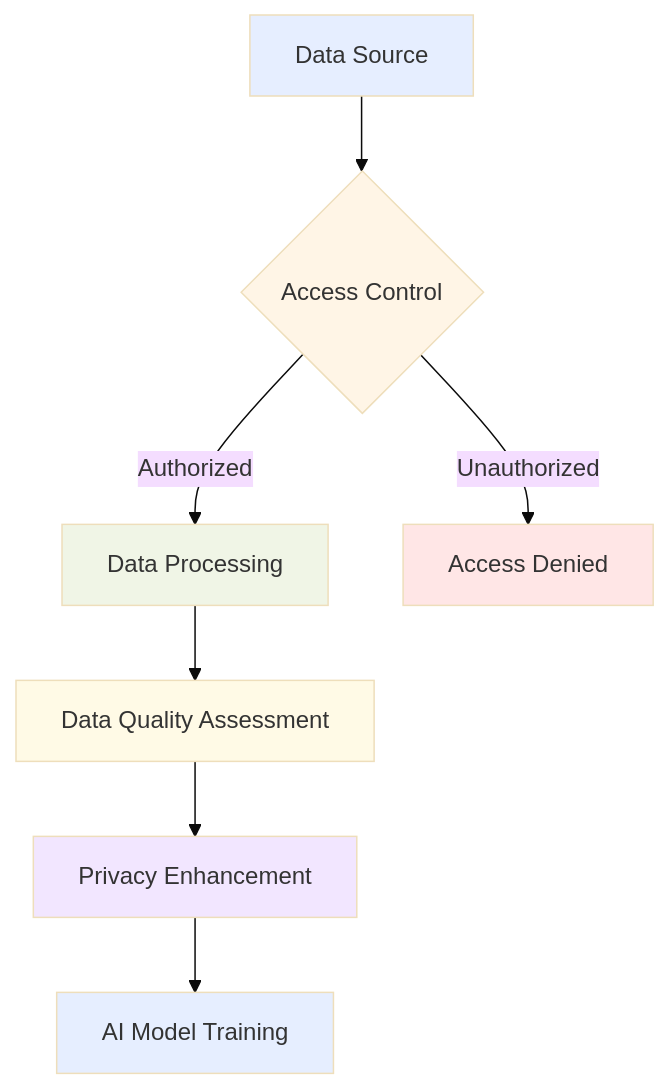
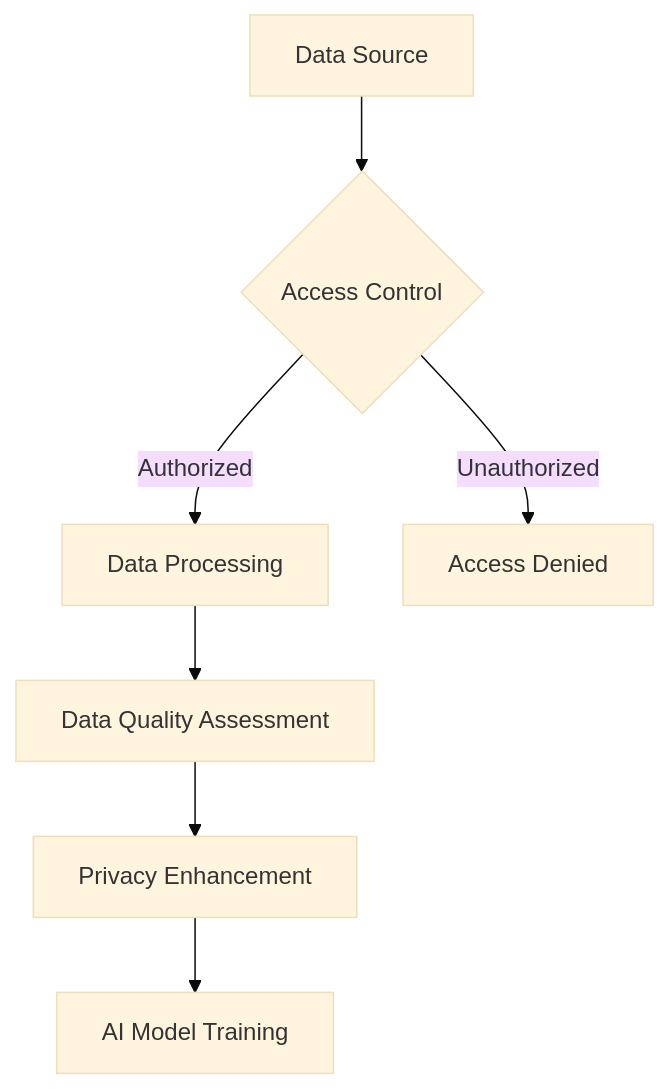
One commit to CloudCityPress/aws-aif-c01 changed the fifth of 6 diagrams in english/50_10_Methods_to_secure_AI_systems.md. Above: the diagram before and after it, drawn with Mermaid (base theme). The commit also changed other lines of this file and 16 other files, not shown here.

Commit message:
updating Mermaids

````diff
--- a/english/50_10_Methods_to_secure_AI_systems.md
+++ b/english/50_10_Methods_to_secure_AI_systems.md
@@ -208,17 +185,10 @@
 ```mermaid
 flowchart TD
     A[Data Source] --> B{Access Control}
     B -->|Authorized| C[Data Processing]
     B -->|Unauthorized| D[Access Denied]
     C --> E[Data Quality Assessment]
     E --> F[Privacy Enhancement]
     F --> G[AI Model Training]
-    
-    style A fill:#e6eeff
-    style B fill:#fff5e6
-    style C fill:#f0f5e6
-    style D fill:#ffe6e6
-    style E fill:#fffae6
-    style F fill:#f2e6ff
-    style G fill:#e6eeff
+
 ```
````
